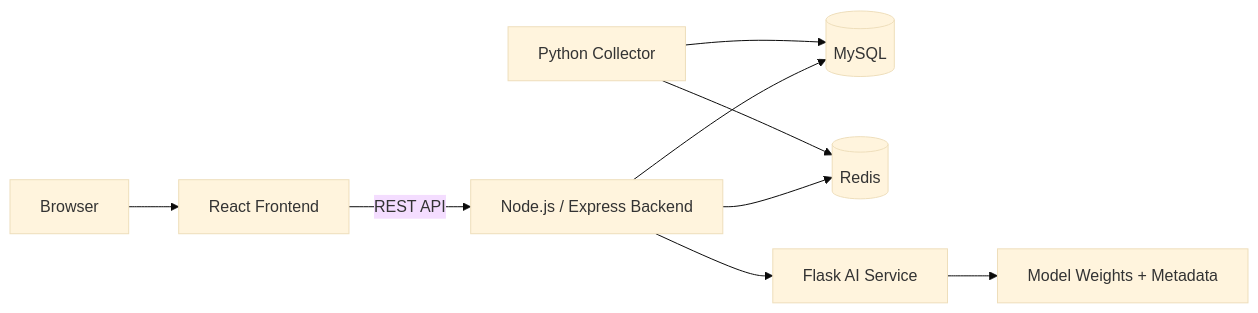
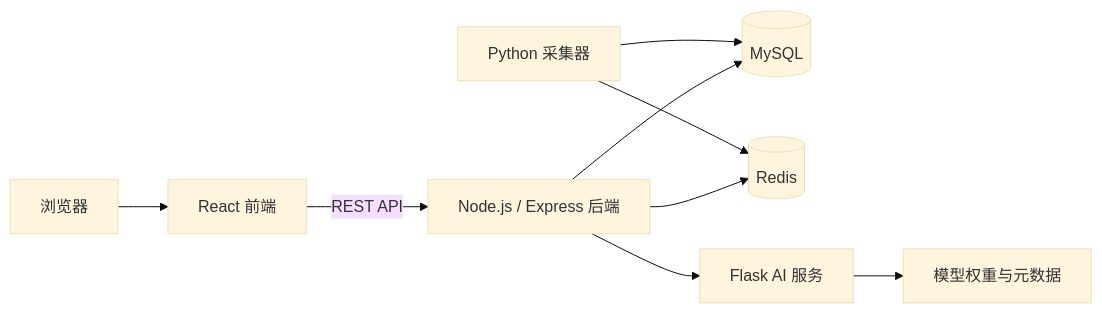
Before and after one commit to wCimeo/traffic-system: the diagram in README.md, drawn with Mermaid (base theme). The commit also changed other lines of this file, not shown here.

````diff
--- a/README.md
+++ b/README.md
@@ -43,11 +56,11 @@
 ```mermaid
 flowchart LR
-    U[Browser] --> F[React Frontend]
-    F -->|REST API| B[Node.js / Express Backend]
+    U[浏览器] --> F[React 前端]
+    F -->|REST API| B[Node.js / Express 后端]
     B --> M[(MySQL)]
     B --> R[(Redis)]
-    B --> A[Flask AI Service]
-    C[Python Collector] --> M
+    B --> A[Flask AI 服务]
+    C[Python 采集器] --> M
     C --> R
-    A --> W[Model Weights + Metadata]
+    A --> W[模型权重与元数据]
 ```
````
